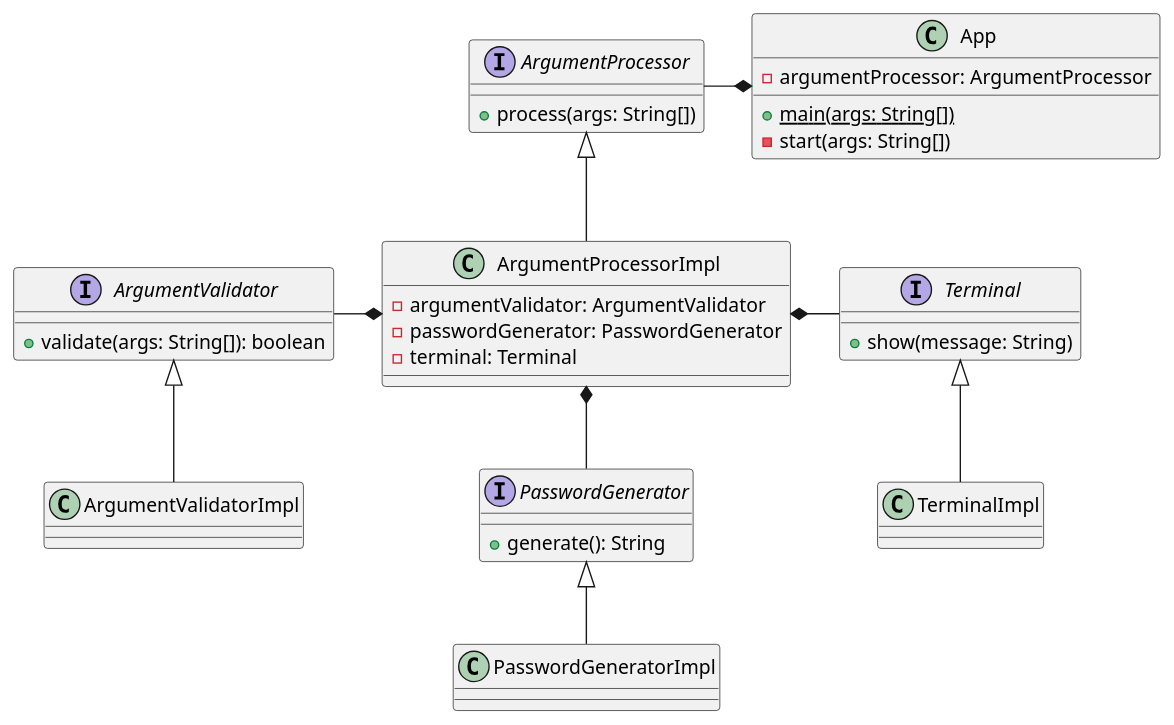
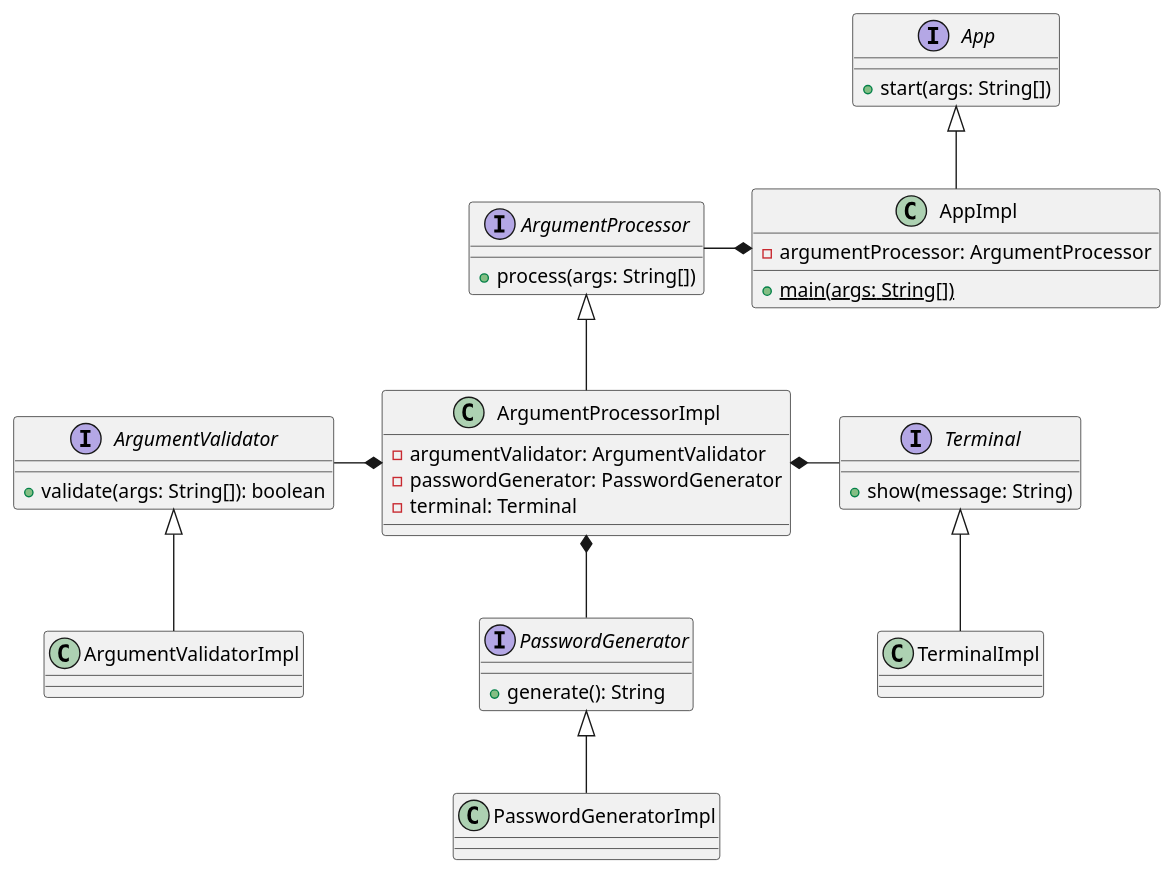
The diagram in diagrams/Class.puml (djvelimir/demo-java-cli), drawn with PlantUML before and after one commit. The commit also changed 8 other files, not shown here.

```diff
--- a/diagrams/Class.puml
+++ b/diagrams/Class.puml
@@ -1,51 +1,55 @@
 @startuml
 'https://plantuml.com/class-diagram
 
-class App {
+interface App {
+    + start(args: String[])
+}
+
+class AppImpl {
     - argumentProcessor: ArgumentProcessor
     + {static} main(args: String[])
-    - start(args: String[])
 }
 
 interface ArgumentValidator {
     + validate(args: String[]): boolean
 }
 
 class ArgumentValidatorImpl {
 }
 
 interface ArgumentProcessor {
     + process(args: String[])
 }
 
 class ArgumentProcessorImpl {
     - argumentValidator: ArgumentValidator
     - passwordGenerator: PasswordGenerator
     - terminal: Terminal
 }
 
 interface Terminal {
     + show(message: String)
 }
 
 class TerminalImpl {
 }
 
 interface PasswordGenerator {
     + generate(): String
 }
 
 class PasswordGeneratorImpl {
 }
 
 ArgumentValidator <|-- ArgumentValidatorImpl
 ArgumentProcessor <|-- ArgumentProcessorImpl
 Terminal <|-- TerminalImpl
 PasswordGenerator <|-- PasswordGeneratorImpl
+App <|-- AppImpl
 
-App *--l ArgumentProcessor
+AppImpl *--l ArgumentProcessor
 
 ArgumentProcessorImpl *--l ArgumentValidator
 ArgumentProcessorImpl *--d PasswordGenerator
 ArgumentProcessorImpl *--r Terminal
 @enduml
```
